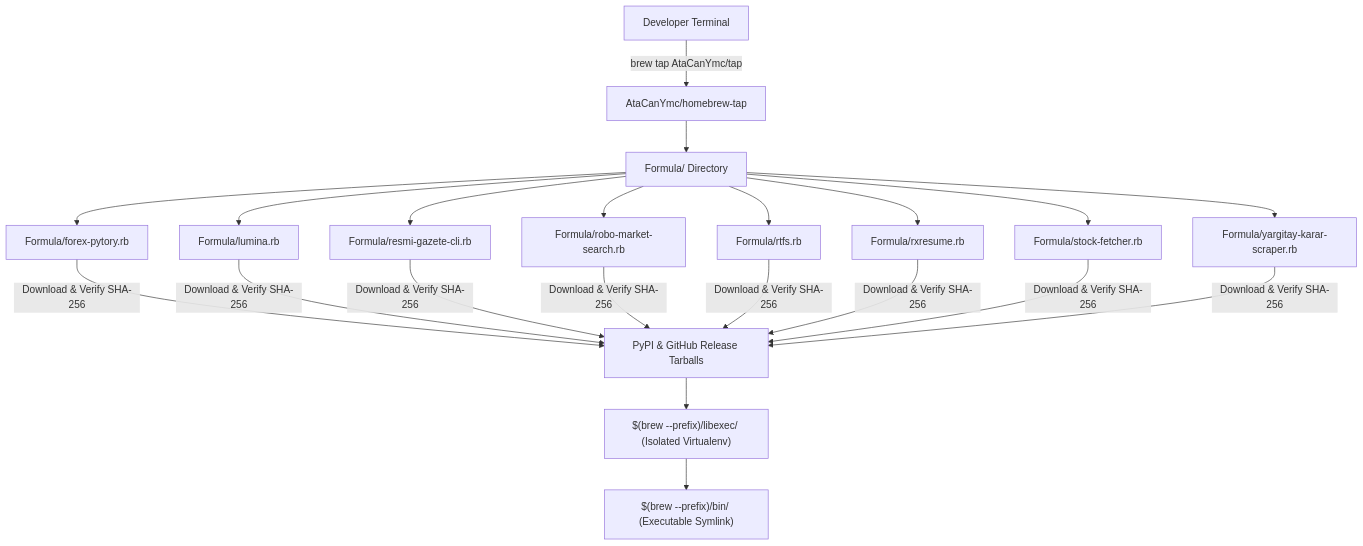
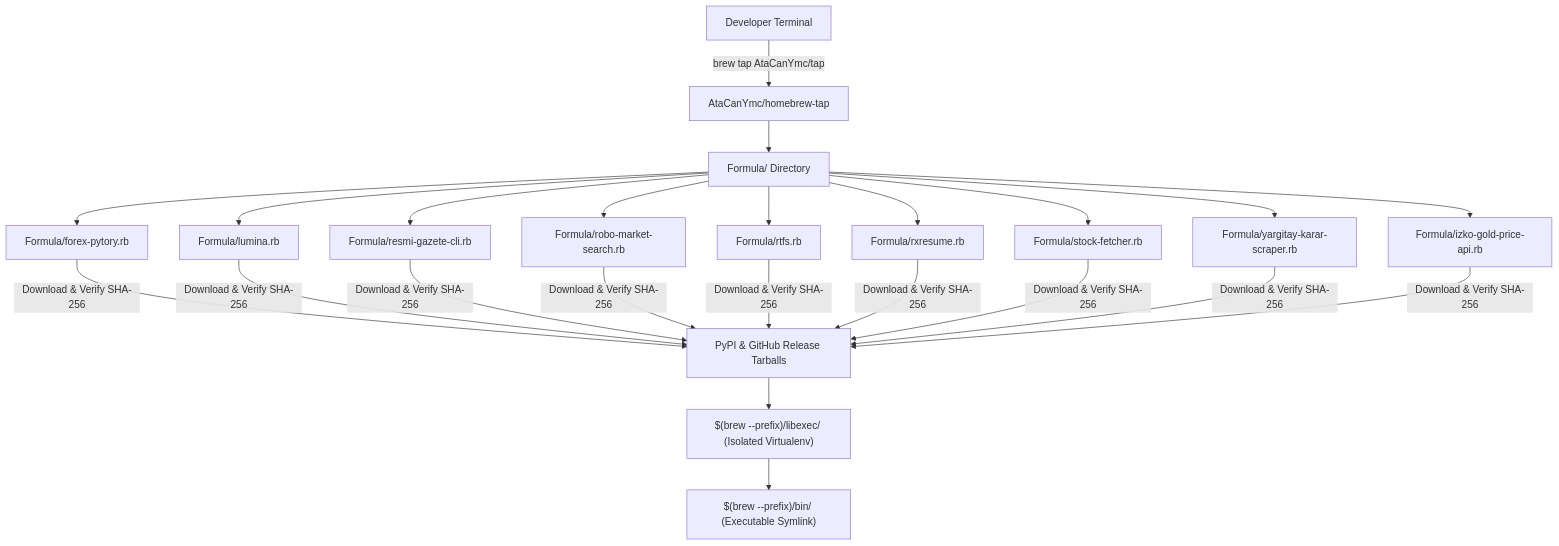
One commit to AtaCanYmc/homebrew-tap changed the diagram in README.md. Above: the diagram before and after it, drawn with Mermaid. The commit also changed other lines of this file and 2 other files, not shown here.

Commit message:
feat(formula): add izko-gold-price-api 0.2.0

````diff
--- a/README.md
+++ b/README.md
@@ -38,18 +39,19 @@
 ```mermaid
 flowchart TD
     User["Developer Terminal"] -->|"brew tap AtaCanYmc/tap"| TapRepo["AtaCanYmc/homebrew-tap"]
     TapRepo --> FormulaDir["Formula/ Directory"]
 
     FormulaDir --> F1["Formula/forex-pytory.rb"]
+    FormulaDir --> F9["Formula/izko-gold-price-api.rb"]
     FormulaDir --> F2["Formula/lumina.rb"]
     FormulaDir --> F3["Formula/resmi-gazete-cli.rb"]
     FormulaDir --> F4["Formula/robo-market-search.rb"]
     FormulaDir --> F5["Formula/rtfs.rb"]
     FormulaDir --> F6["Formula/rxresume.rb"]
     FormulaDir --> F7["Formula/stock-fetcher.rb"]
     FormulaDir --> F8["Formula/yargitay-karar-scraper.rb"]
 
-    F1 & F2 & F3 & F4 & F5 & F6 & F7 & F8 -->|"Download & Verify SHA-256"| Upstream["PyPI & GitHub Release Tarballs"]
+    F1 & F2 & F3 & F4 & F5 & F6 & F7 & F8 & F9 -->|"Download & Verify SHA-256"| Upstream["PyPI & GitHub Release Tarballs"]
     Upstream --> Venv["$(brew --prefix)/libexec/<formula> (Isolated Virtualenv)"]
     Venv --> Bin["$(brew --prefix)/bin/<binary> (Executable Symlink)"]
 ```
````
